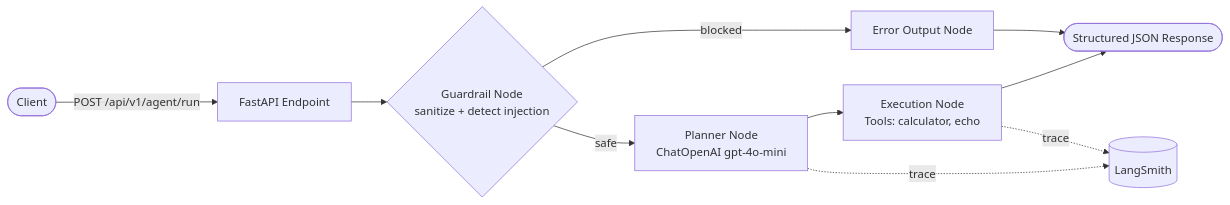
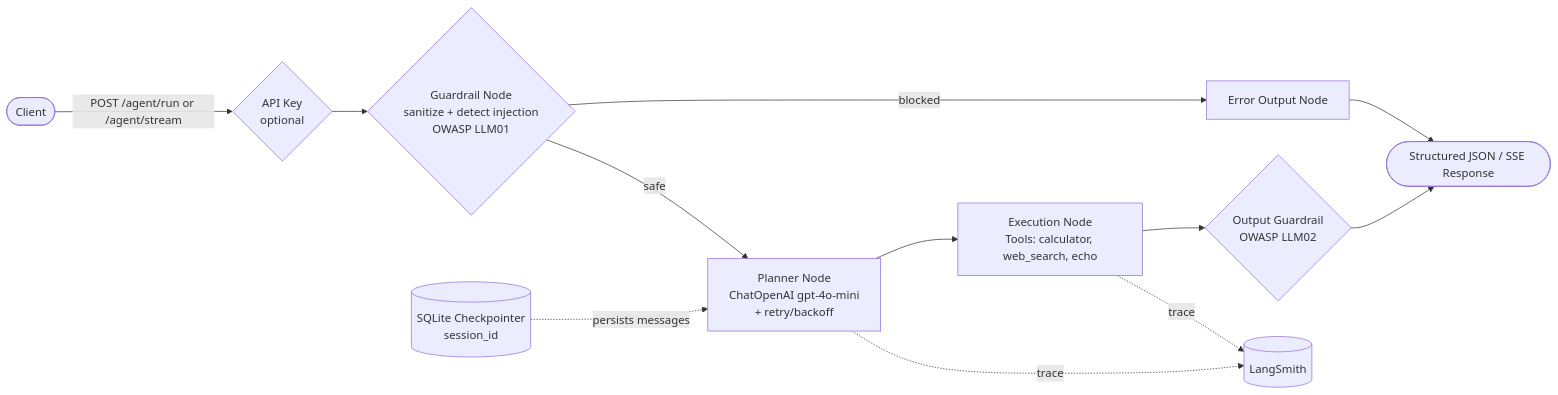
Before and after one commit to kanderson-ai-dev/agentic-api: the diagram in README.md, drawn with Mermaid. The commit also changed other lines of this file, not shown here.

First line of the commit message:
docs: update readme for web search, streaming, memory, auth and observability

````diff
--- a/README.md
+++ b/README.md
@@ -9,13 +9,15 @@
 ```mermaid
 flowchart LR
-    Client([Client]) -->|POST /api/v1/agent/run| API[FastAPI Endpoint]
-    API --> Guardrail{Guardrail Node<br/>sanitize + detect injection}
+    Client([Client]) -->|POST /agent/run or /agent/stream| Auth{API Key<br/>optional}
+    Auth --> Guardrail{Guardrail Node<br/>sanitize + detect injection<br/>OWASP LLM01}
     Guardrail -- blocked --> ErrorOutput[Error Output Node]
-    Guardrail -- safe --> Planner[Planner Node<br/>ChatOpenAI gpt-4o-mini]
-    Planner --> Execution[Execution Node<br/>Tools: calculator, echo]
-    Execution --> Response([Structured JSON Response])
+    Guardrail -- safe --> Planner[Planner Node<br/>ChatOpenAI gpt-4o-mini<br/>+ retry/backoff]
+    Planner --> Execution[Execution Node<br/>Tools: calculator, web_search, echo]
+    Execution --> OutputGuardrail{Output Guardrail<br/>OWASP LLM02}
+    OutputGuardrail --> Response([Structured JSON / SSE Response])
     ErrorOutput --> Response
 
+    Memory[(SQLite Checkpointer<br/>session_id)] -.persists messages.-> Planner
     Planner -.trace.-> LangSmith[(LangSmith)]
     Execution -.trace.-> LangSmith
 ```
````
